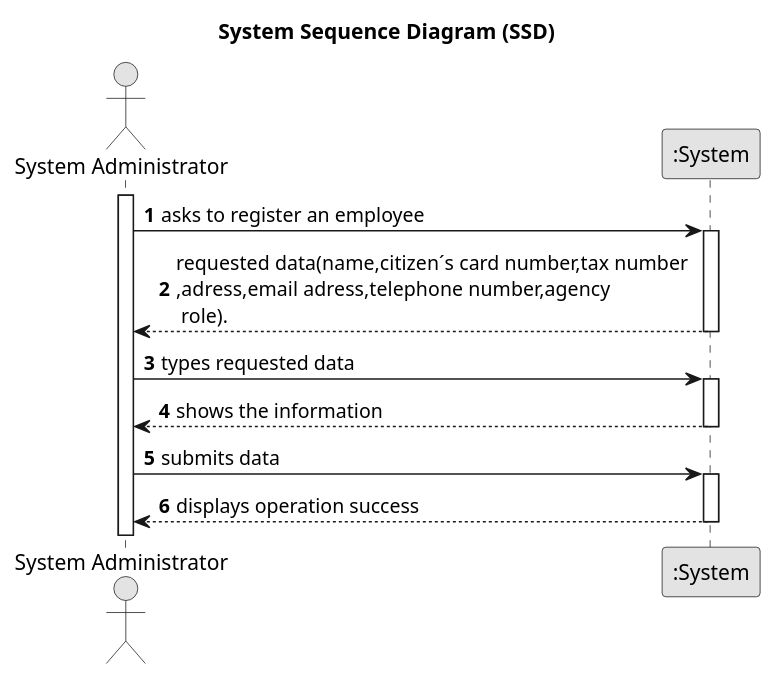
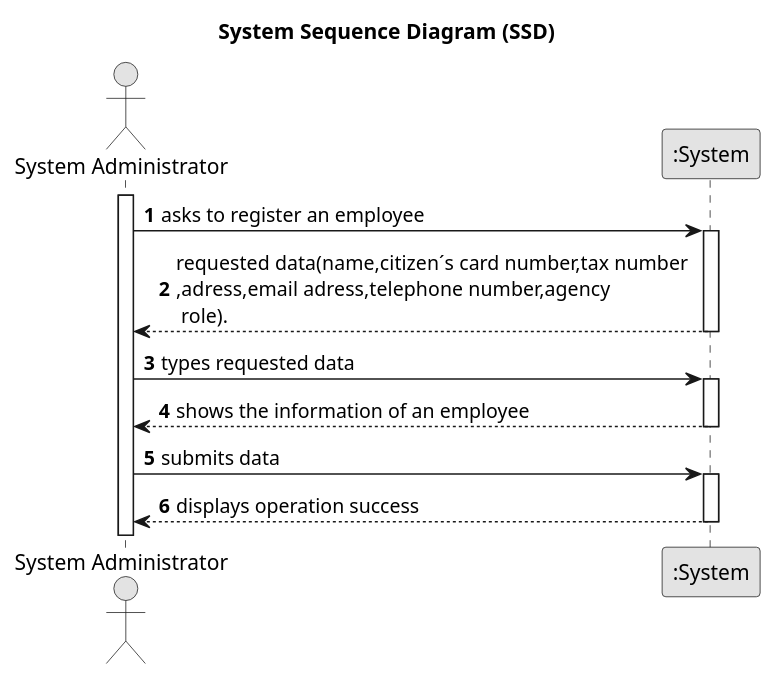
One commit to PureNimble/ISEP-LAPR2 changed the diagram in docs/sprintA/US03/01.requirements-engineering/puml/us03-system-sequence-diagram.puml. Above: the diagram before and after it, drawn with PlantUML.

Commit message:
Updating the SSD

```diff
--- a/docs/sprintA/US03/01.requirements-engineering/puml/us03-system-sequence-diagram.puml
+++ b/docs/sprintA/US03/01.requirements-engineering/puml/us03-system-sequence-diagram.puml
@@ -1,33 +1,33 @@
 @startuml
 skinparam monochrome true
 skinparam packageStyle rectangle
 skinparam shadowing false
 
 title System Sequence Diagram (SSD)
 
 autonumber
 
 actor "System Administrator" as Admin
 participant ":System" as System
 
 activate Admin
 
     Admin -> System : asks to register an employee
     activate System
 
    System --> Admin :  requested data(name,citizen´s card number,tax number \n,adress,email adress,telephone number,agency\n role).
      deactivate System
 
     Admin -> System : types requested data
     activate System
 
-     System --> Admin : shows the information
+     System --> Admin : shows the information of an employee
             deactivate System
 
     Admin -> System : submits data
     activate System
 
         System --> Admin : displays operation success
     deactivate System
 
 @enduml
```
